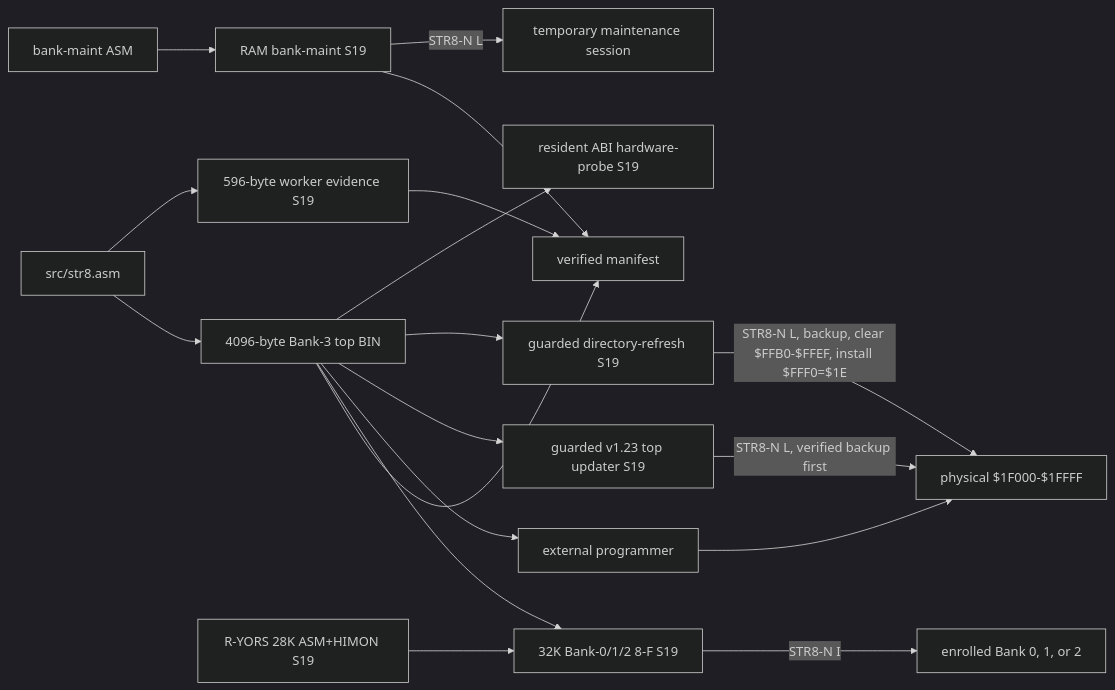
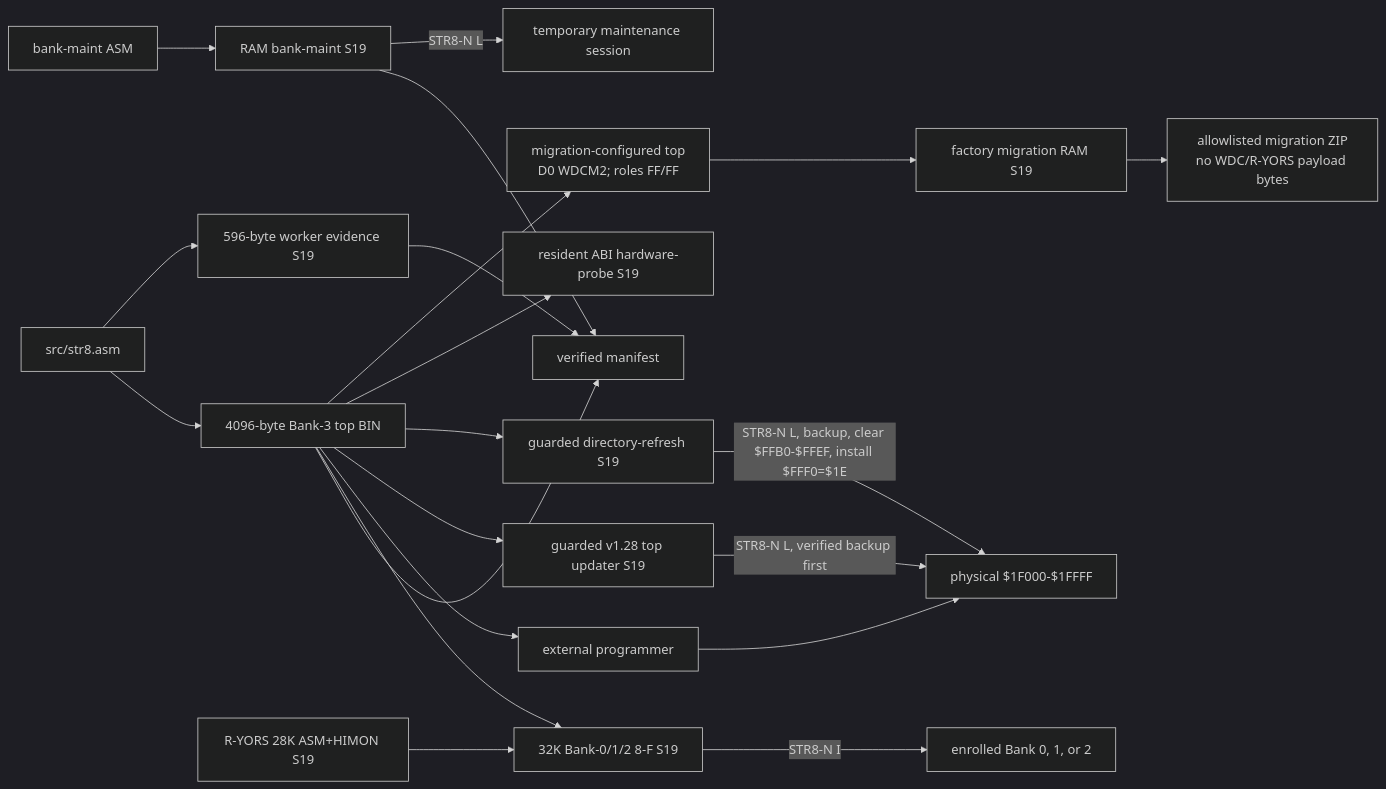
The second of 14 diagrams in docs/MAPS.md (95westus/STR8-N), drawn with Mermaid (dark theme) before and after one commit. The commit also changed other lines of this file and 5 other files, not shown here.

````diff
--- a/docs/MAPS.md
+++ b/docs/MAPS.md
@@ -38,20 +38,23 @@
 ```mermaid
 flowchart LR
     SRC[src/str8.asm] --> TOP[4096-byte Bank-3 top BIN]
     SRC --> WORKER[596-byte worker evidence S19]
     BM_SRC[bank-maint ASM] --> BM[RAM bank-maint S19]
     TOP --> MANIFEST[verified manifest]
     WORKER --> MANIFEST
     BM --> MANIFEST
     RY[R-YORS 28K ASM+HIMON S19] --> FULL[32K Bank-0/1/2 8-F S19]
     TOP --> FULL
     TOP --> PROGRAMMER[external programmer]
     PROGRAMMER --> B3F[physical $1F000-$1FFFF]
-    TOP --> UPDATE[guarded v1.23 top updater S19]
+    TOP --> UPDATE[guarded v1.28 top updater S19]
     UPDATE -->|STR8-N L, verified backup first| B3F
     TOP --> REFRESH[guarded directory-refresh S19]
     REFRESH -->|STR8-N L, backup, clear $FFB0-$FFEF, install $FFF0=$1E| B3F
     TOP --> ABI_TEST[resident ABI hardware-probe S19]
     BM -->|STR8-N L| RAM_TOOL[temporary maintenance session]
     FULL -->|STR8-N I| GUEST[enrolled Bank 0, 1, or 2]
+    TOP --> WDC_TOP[migration-configured top<br/>D0 WDCM2; roles FF/FF]
+    WDC_TOP --> WDC_INSTALL[factory migration RAM S19]
+    WDC_INSTALL --> KIT[allowlisted migration ZIP<br/>no WDC/R-YORS payload bytes]
 ```
````
